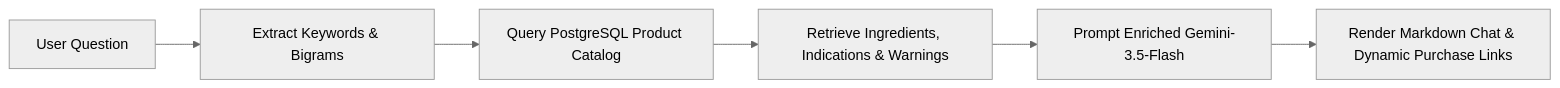
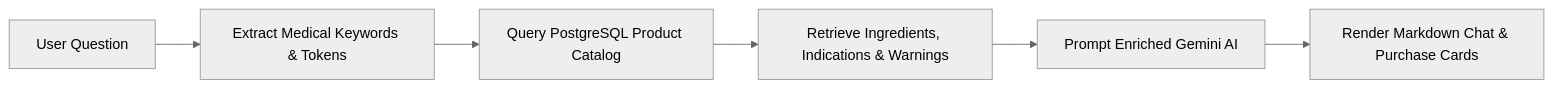
Before and after one commit to lpgiahuy/pharma-trace-vn-fullstack: the third of 3 diagrams in README.md, drawn with Mermaid (neutral theme). The commit also changed other lines of this file, not shown here.

Commit message:
docs: refine README documentation with system architecture, dual-code engine and updated credentials

````diff
--- a/README.md
+++ b/README.md
@@ -69,8 +106,8 @@
 ```mermaid
 graph LR
-    User[User Question] --> Keywords[Extract Keywords & Bigrams]
+    User[User Question] --> Keywords[Extract Medical Keywords & Tokens]
     Keywords --> SQL[Query PostgreSQL Product Catalog]
     SQL --> Context[Retrieve Ingredients, Indications & Warnings]
-    Context --> Gemini[Prompt Enriched Gemini-3.5-Flash]
-    Gemini --> UI[Render Markdown Chat & Dynamic Purchase Links]
+    Context --> Gemini[Prompt Enriched Gemini AI]
+    Gemini --> UI[Render Markdown Chat & Purchase Cards]
 ```
````
